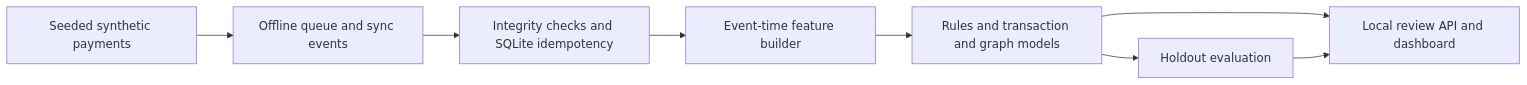
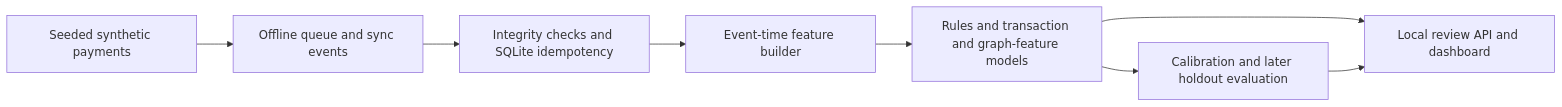
The diagram in README.md (nihalmachhi/MeshShield), drawn with Mermaid before and after one commit. The commit also changed other lines of this file and 8 other files, not shown here.

````diff
--- a/README.md
+++ b/README.md
@@ -15,10 +47,10 @@
 ```mermaid
 flowchart LR
   A[Seeded synthetic payments] --> B[Offline queue and sync events]
   B --> C[Integrity checks and SQLite idempotency]
   C --> D[Event-time feature builder]
-  D --> E[Rules and transaction and graph models]
-  E --> F[Holdout evaluation]
+  D --> E[Rules and transaction and graph-feature models]
+  E --> F[Calibration and later holdout evaluation]
   E --> G[Local review API and dashboard]
   F --> G
 ```
````
